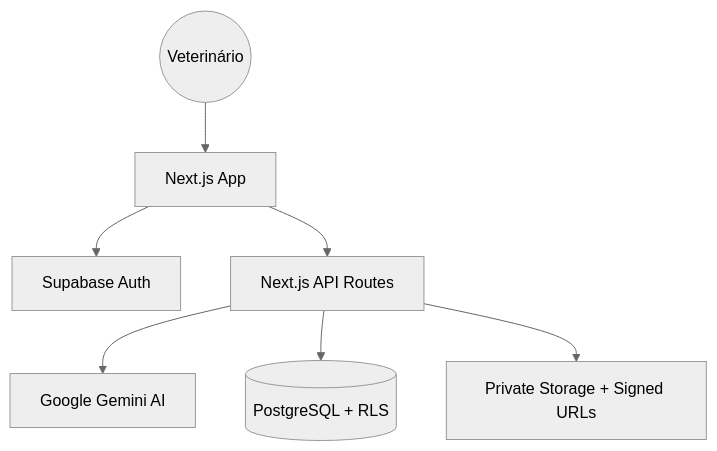
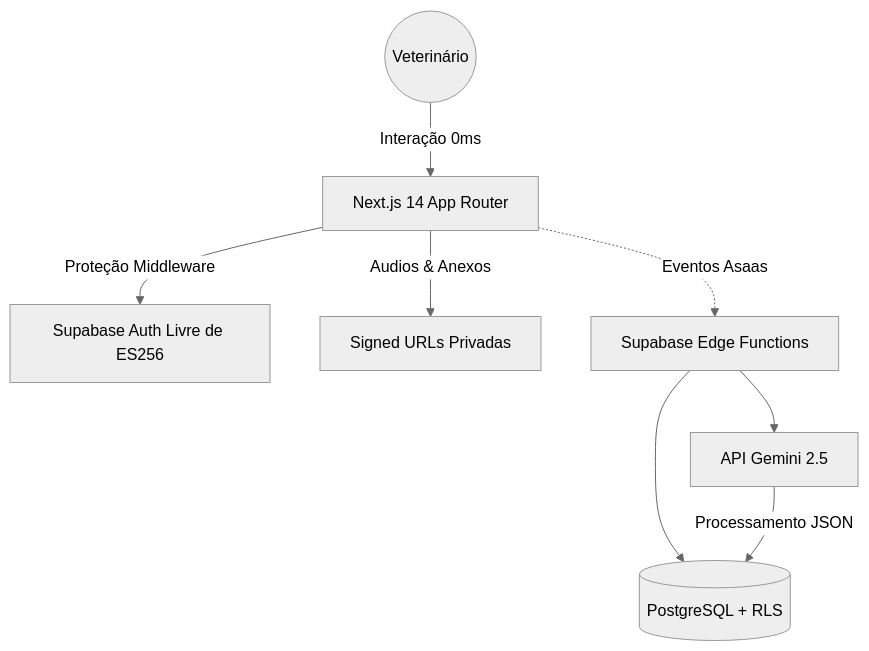
The diagram in README.md (armitagethird/ProntuVet), drawn with Mermaid (neutral theme) before and after one commit. The commit also changed other lines of this file and 30 other files, not shown here.

````diff
--- a/README.md
+++ b/README.md
@@ -63,9 +44,10 @@
 ```mermaid
 graph TD
-    User((Veterinário)) --> WebApp[Next.js App]
-    WebApp --> Auth[Supabase Auth]
-    WebApp --> API[Next.js API Routes]
-    API --> Gemini[Google Gemini AI]
-    API --> DB[(PostgreSQL + RLS)]
-    API --> Storage[Private Storage + Signed URLs]
+    User((Veterinário)) -->|Interação 0ms| WebApp[Next.js 14 App Router]
+    WebApp -->|Proteção Middleware| Auth[Supabase Auth Livre de ES256]
+    WebApp -->|Audios & Anexos| Storage[Signed URLs Privadas]
+    WebApp -.->|Eventos Asaas| Webhook[Supabase Edge Functions]
+    Webhook --> API[API Gemini 2.5]
+    Webhook --> DB[(PostgreSQL + RLS)]
+    API -->|Processamento JSON| DB
 ```
````
